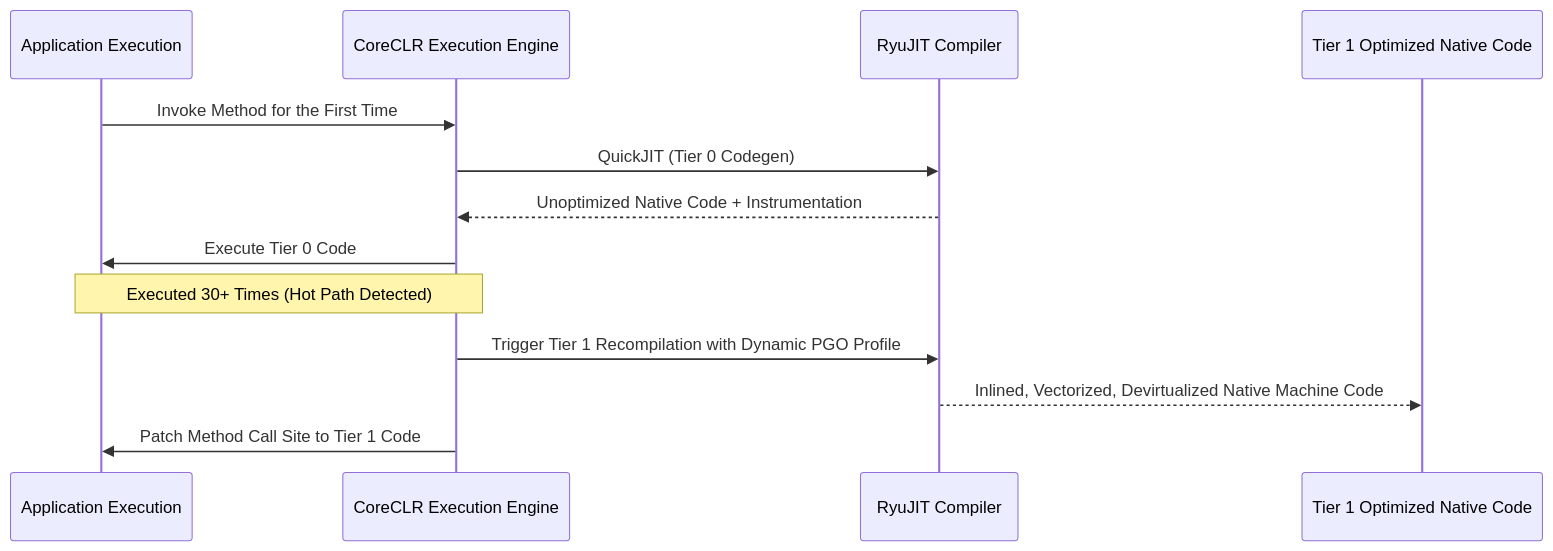
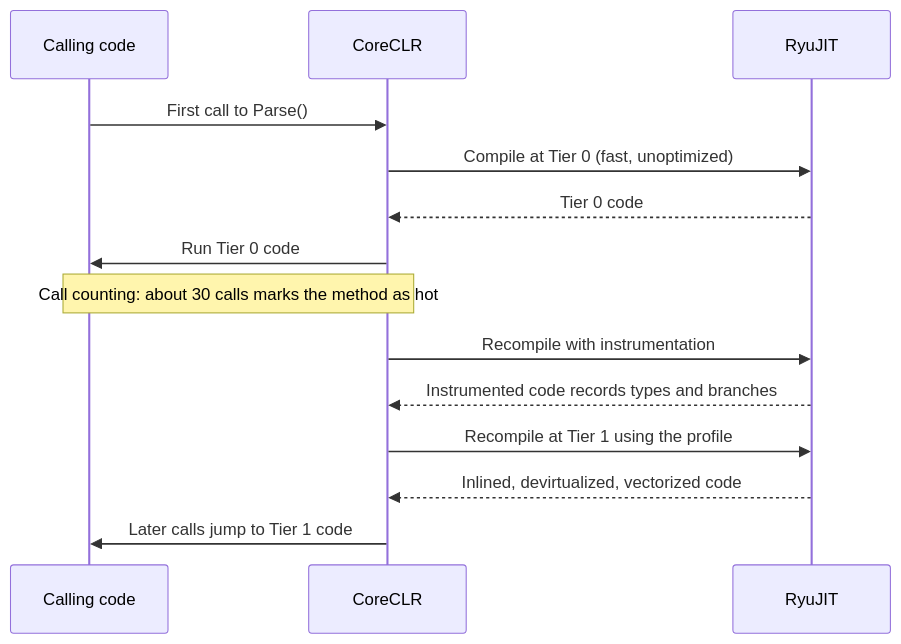
Before and after one commit to TheLearningHubOrg/learn-c-sharp: the fifth of 19 diagrams in README.md, drawn with Mermaid. The commit also changed other lines of this file and 30 other files, not shown here.

````diff
--- a/README.md
+++ b/README.md
@@ -99,16 +624,16 @@
 ```mermaid
 sequenceDiagram
-    participant App as Application Execution
-    participant CLR as CoreCLR Execution Engine
-    participant JIT as RyuJIT Compiler
-    participant Tier1 as Tier 1 Optimized Native Code
-
-    App->>CLR: Invoke Method for the First Time
-    CLR->>JIT: QuickJIT (Tier 0 Codegen)
-    JIT-->>CLR: Unoptimized Native Code + Instrumentation
-    CLR->>App: Execute Tier 0 Code
-    Note over App,CLR: Executed 30+ Times (Hot Path Detected)
-    CLR->>JIT: Trigger Tier 1 Recompilation with Dynamic PGO Profile
-    JIT-->>Tier1: Inlined, Vectorized, Devirtualized Native Machine Code
-    CLR->>App: Patch Method Call Site to Tier 1 Code
+    participant App as Calling code
+    participant CLR as CoreCLR
+    participant JIT as RyuJIT
+    App->>CLR: First call to Parse()
+    CLR->>JIT: Compile at Tier 0 (fast, unoptimized)
+    JIT-->>CLR: Tier 0 code
+    CLR->>App: Run Tier 0 code
+    Note over App,CLR: Call counting: about 30 calls marks the method as hot
+    CLR->>JIT: Recompile with instrumentation
+    JIT-->>CLR: Instrumented code records types and branches
+    CLR->>JIT: Recompile at Tier 1 using the profile
+    JIT-->>CLR: Inlined, devirtualized, vectorized code
+    CLR->>App: Later calls jump to Tier 1 code
 ```
````
